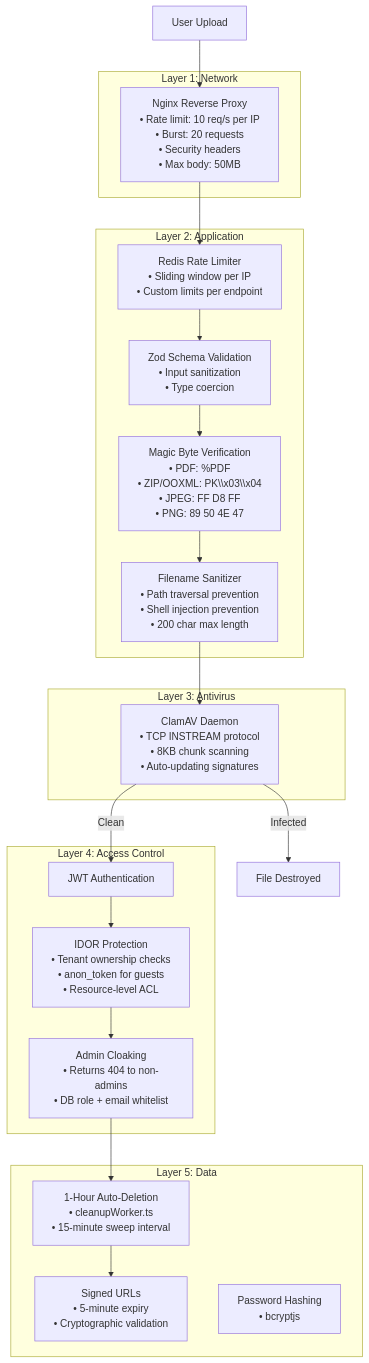
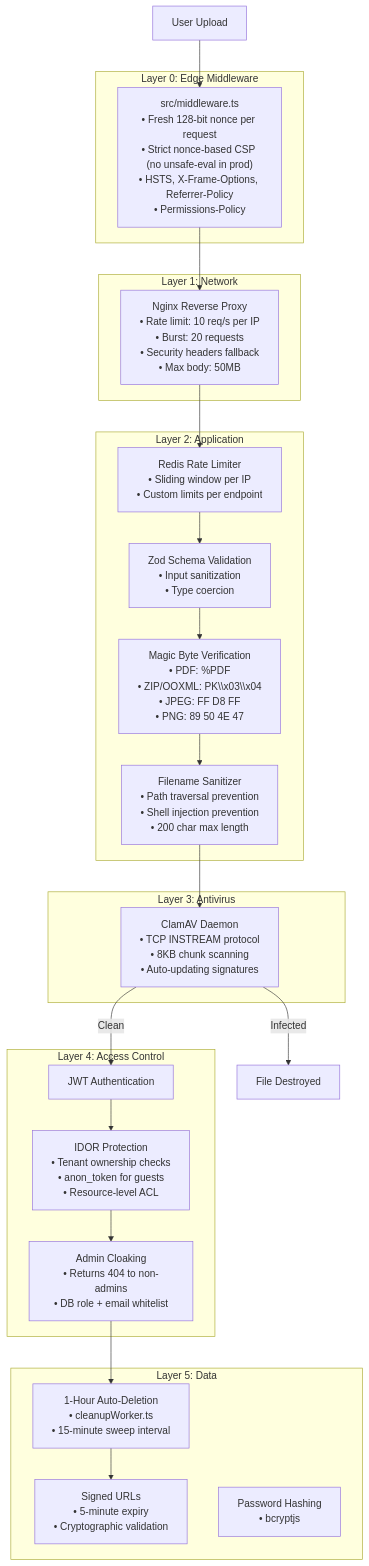
Before and after one commit to Skedare240507/FileConvert: the third of 5 diagrams in README.md, drawn with Mermaid. The commit also changed other lines of this file, not shown here.

Commit message:
docs: update README with security headers, CSP, and project architecture

````diff
--- a/README.md
+++ b/README.md
@@ -658,37 +680,41 @@
 ```mermaid
 flowchart TD
-    Upload["User Upload"] --> Nginx
-    
+    Upload["User Upload"] --> Middleware
+
+    subgraph Layer0 ["Layer 0: Edge Middleware"]
+        Middleware["src/middleware.ts<br/>• Fresh 128-bit nonce per request<br/>• Strict nonce-based CSP (no unsafe-eval in prod)<br/>• HSTS, X-Frame-Options, Referrer-Policy<br/>• Permissions-Policy"]
+    end
+
     subgraph Layer1 ["Layer 1: Network"]
-        Nginx["Nginx Reverse Proxy<br/>• Rate limit: 10 req/s per IP<br/>• Burst: 20 requests<br/>• Security headers<br/>• Max body: 50MB"]
+        Nginx["Nginx Reverse Proxy<br/>• Rate limit: 10 req/s per IP<br/>• Burst: 20 requests<br/>• Security headers fallback<br/>• Max body: 50MB"]
     end
 
     subgraph Layer2 ["Layer 2: Application"]
         Rate["Redis Rate Limiter<br/>• Sliding window per IP<br/>• Custom limits per endpoint"]
         Validation["Zod Schema Validation<br/>• Input sanitization<br/>• Type coercion"]
         Magic["Magic Byte Verification<br/>• PDF: %PDF<br/>• ZIP/OOXML: PK\\x03\\x04<br/>• JPEG: FF D8 FF<br/>• PNG: 89 50 4E 47"]
         Sanitize["Filename Sanitizer<br/>• Path traversal prevention<br/>• Shell injection prevention<br/>• 200 char max length"]
     end
 
     subgraph Layer3 ["Layer 3: Antivirus"]
         ClamAV["ClamAV Daemon<br/>• TCP INSTREAM protocol<br/>• 8KB chunk scanning<br/>• Auto-updating signatures"]
     end
 
     subgraph Layer4 ["Layer 4: Access Control"]
         Auth["JWT Authentication"]
         IDOR["IDOR Protection<br/>• Tenant ownership checks<br/>• anon_token for guests<br/>• Resource-level ACL"]
         Admin["Admin Cloaking<br/>• Returns 404 to non-admins<br/>• DB role + email whitelist"]
     end
 
     subgraph Layer5 ["Layer 5: Data"]
         TTL["1-Hour Auto-Deletion<br/>• cleanupWorker.ts<br/>• 15-minute sweep interval"]
         Signed["Signed URLs<br/>• 5-minute expiry<br/>• Cryptographic validation"]
         Encrypt["Password Hashing<br/>• bcryptjs"]
     end
 
-    Nginx --> Rate --> Validation --> Magic --> Sanitize
+    Middleware --> Nginx --> Rate --> Validation --> Magic --> Sanitize
     Sanitize --> ClamAV
     ClamAV -- "Clean" --> Auth --> IDOR --> Admin
     ClamAV -- "Infected" --> Destroy["File Destroyed"]
     Admin --> TTL --> Signed
 ```
````
